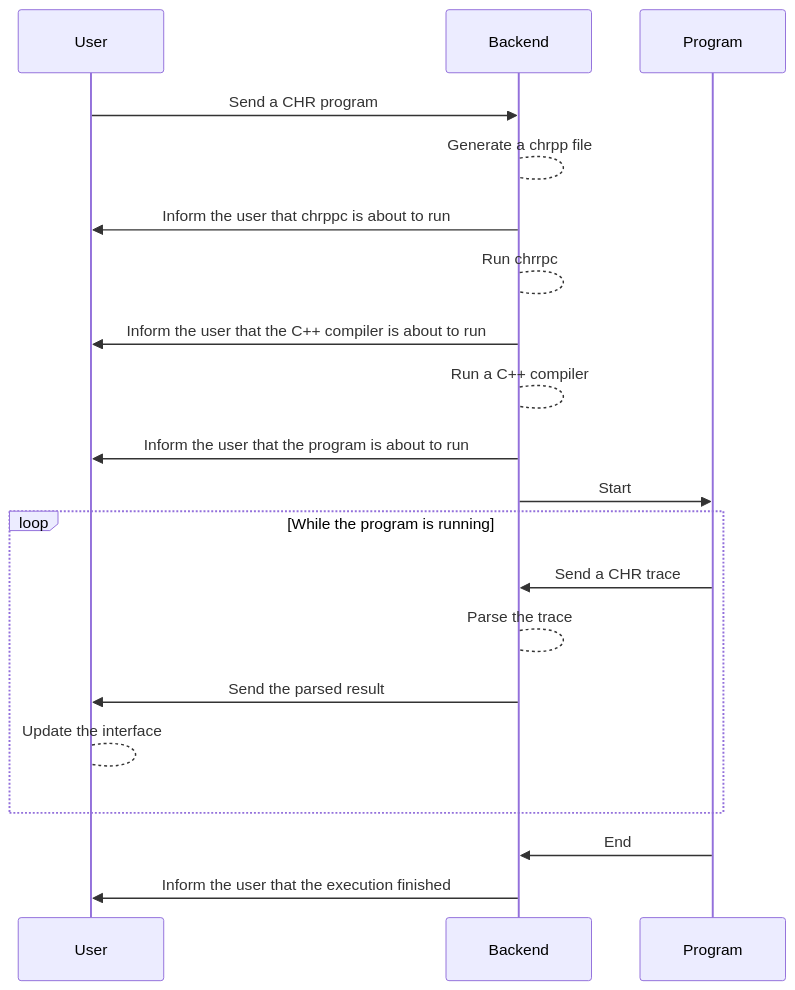
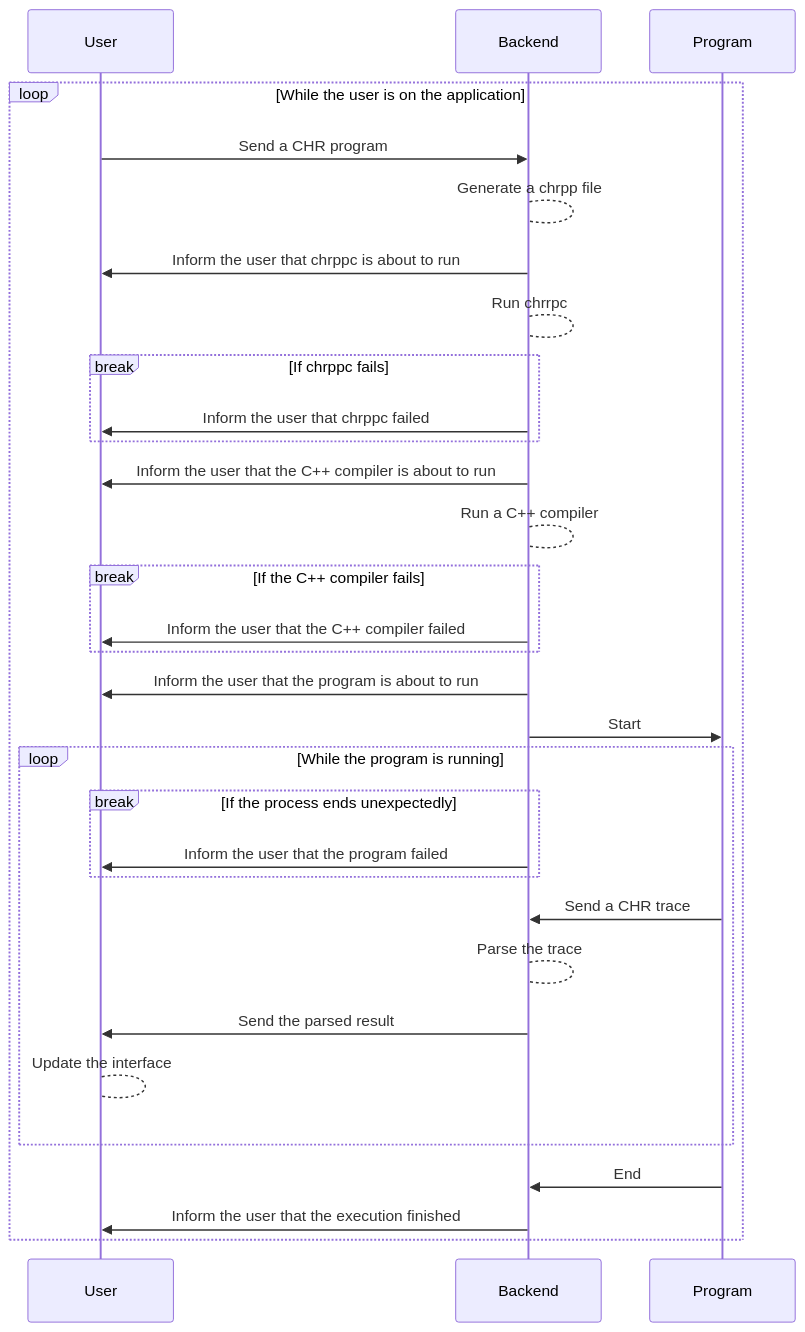
The diagram in README.md (ttcchhmm/chr-ide), drawn with Mermaid before and after one commit.

Commit message:
Update execution diagram

````diff
--- a/README.md
+++ b/README.md
@@ -73,20 +73,31 @@
 ```mermaid
 sequenceDiagram
 
-User ->> Backend: Send a CHR program
-Backend --> Backend: Generate a chrpp file
-Backend ->> User: Inform the user that chrppc is about to run
-Backend --> Backend: Run chrrpc
-Backend ->> User: Inform the user that the C++ compiler is about to run
-Backend --> Backend: Run a C++ compiler
-Backend ->> User: Inform the user that the program is about to run
-Backend ->> Program: Start
-loop While the program is running
-    Program ->> Backend: Send a CHR trace
-    Backend --> Backend: Parse the trace
-    Backend ->> User: Send the parsed result
-    User --> User: Update the interface
+loop While the user is on the application
+  User ->> Backend: Send a CHR program
+  Backend --> Backend: Generate a chrpp file
+  Backend ->> User: Inform the user that chrppc is about to run
+  Backend --> Backend: Run chrrpc
+  break If chrppc fails
+    Backend ->> User: Inform the user that chrppc failed
+  end
+  Backend ->> User: Inform the user that the C++ compiler is about to run
+  Backend --> Backend: Run a C++ compiler
+  break If the C++ compiler fails
+    Backend ->> User: Inform the user that the C++ compiler failed
+  end
+  Backend ->> User: Inform the user that the program is about to run
+  Backend ->> Program: Start
+  loop While the program is running
+      break If the process ends unexpectedly
+        Backend ->> User: Inform the user that the program failed
+      end
+      Program ->> Backend: Send a CHR trace
+      Backend --> Backend: Parse the trace
+      Backend ->> User: Send the parsed result
+      User --> User: Update the interface
+  end
+  Program ->> Backend: End
+  Backend ->> User: Inform the user that the execution finished
 end
-Program ->> Backend: End
-Backend ->> User: Inform the user that the execution finished
 ```
````
